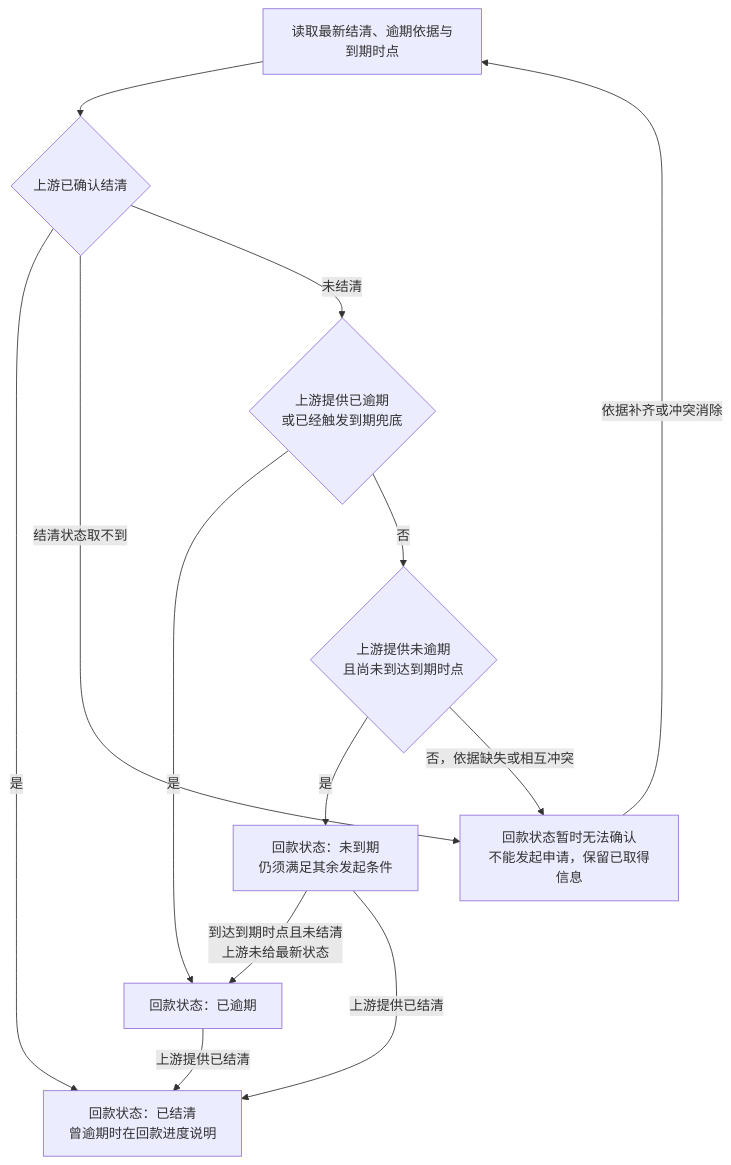
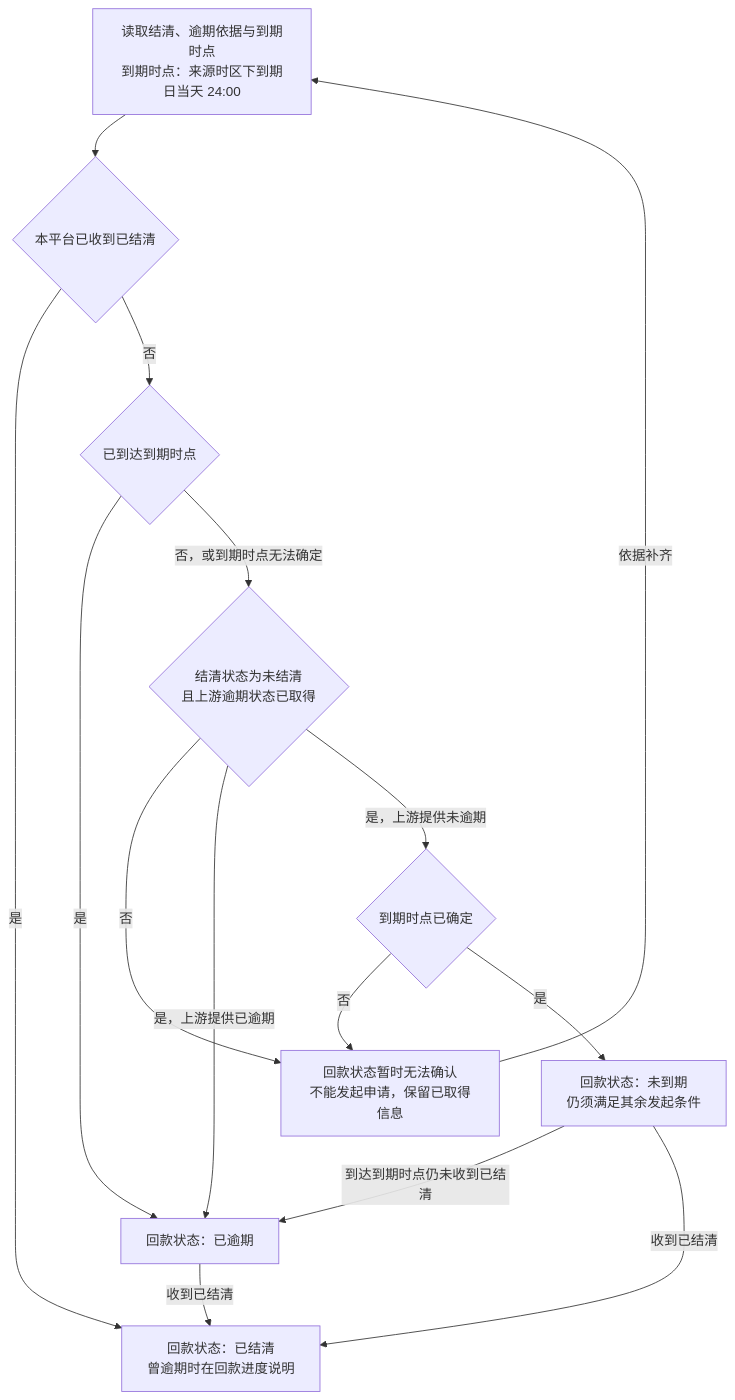
The fourth of 6 diagrams in token-issuance-platform/PRD/两端共用/M2-可信资产/02-可信资产-流程图与状态机.md (wxblockchain/Chain-Financing), drawn with Mermaid before and after one commit. The commit also changed other lines of this file and 35 other files, not shown here.

````diff
--- a/token-issuance-platform/PRD/两端共用/M2-可信资产/02-可信资产-流程图与状态机.md
+++ b/token-issuance-platform/PRD/两端共用/M2-可信资产/02-可信资产-流程图与状态机.md
@@ -70,15 +67,17 @@
 ```mermaid
 flowchart TD
-    A[读取最新结清、逾期依据与到期时点] --> B{上游已确认结清}
+    A[读取结清、逾期依据与到期时点<br/>到期时点：来源时区下到期日当天 24:00] --> B{本平台已收到已结清}
     B -->|是| C[回款状态：已结清<br/>曾逾期时在回款进度说明]
-    B -->|结清状态取不到| X[回款状态暂时无法确认<br/>不能发起申请，保留已取得信息]
-    B -->|未结清| D{上游提供已逾期<br/>或已经触发到期兜底}
+    B -->|否| D{已到达到期时点}
     D -->|是| E[回款状态：已逾期]
-    D -->|否| F{上游提供未逾期<br/>且尚未到达到期时点}
-    F -->|是| G[回款状态：未到期<br/>仍须满足其余发起条件]
-    F -->|否，依据缺失或相互冲突| X
-    G -->|到达到期时点且未结清<br/>上游未给最新状态| E
-    G -->|上游提供已结清| C
-    E -->|上游提供已结清| C
-    X -->|依据补齐或冲突消除| A
+    D -->|否，或到期时点无法确定| F{结清状态为未结清<br/>且上游逾期状态已取得}
+    F -->|否| X[回款状态暂时无法确认<br/>不能发起申请，保留已取得信息]
+    F -->|是，上游提供已逾期| E
+    F -->|是，上游提供未逾期| H{到期时点已确定}
+    H -->|否| X
+    H -->|是| G[回款状态：未到期<br/>仍须满足其余发起条件]
+    G -->|到达到期时点仍未收到已结清| E
+    G -->|收到已结清| C
+    E -->|收到已结清| C
+    X -->|依据补齐| A
 ```
````
